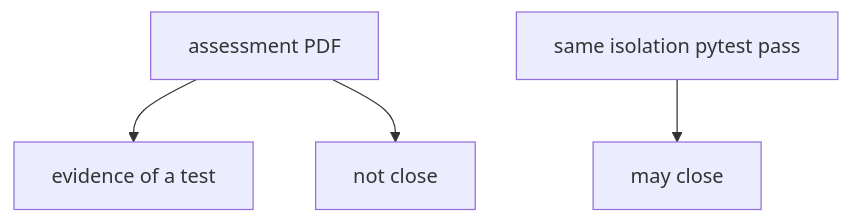
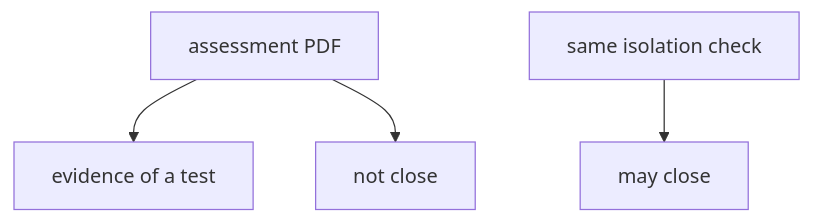
One commit to ishitvagoel/LearnSecurity changed the first of 2 diagrams in content/modules/9/9.5/lessons/01-property.md. Above: the diagram before and after it, drawn with Mermaid. The commit also changed 230 other files, not shown here.

````diff
--- a/content/modules/9/9.5/lessons/01-property.md
+++ b/content/modules/9/9.5/lessons/01-property.md
@@ -22,6 +22,6 @@
 ```mermaid
 flowchart TD
   Pdf[assessment PDF] --> Record[evidence of a test]
-  Retest["same isolation pytest pass"] --> Close[may close]
+  Retest["same isolation check"] --> Close[may close]
   Pdf --> NotClose[not close]
 ```
````
